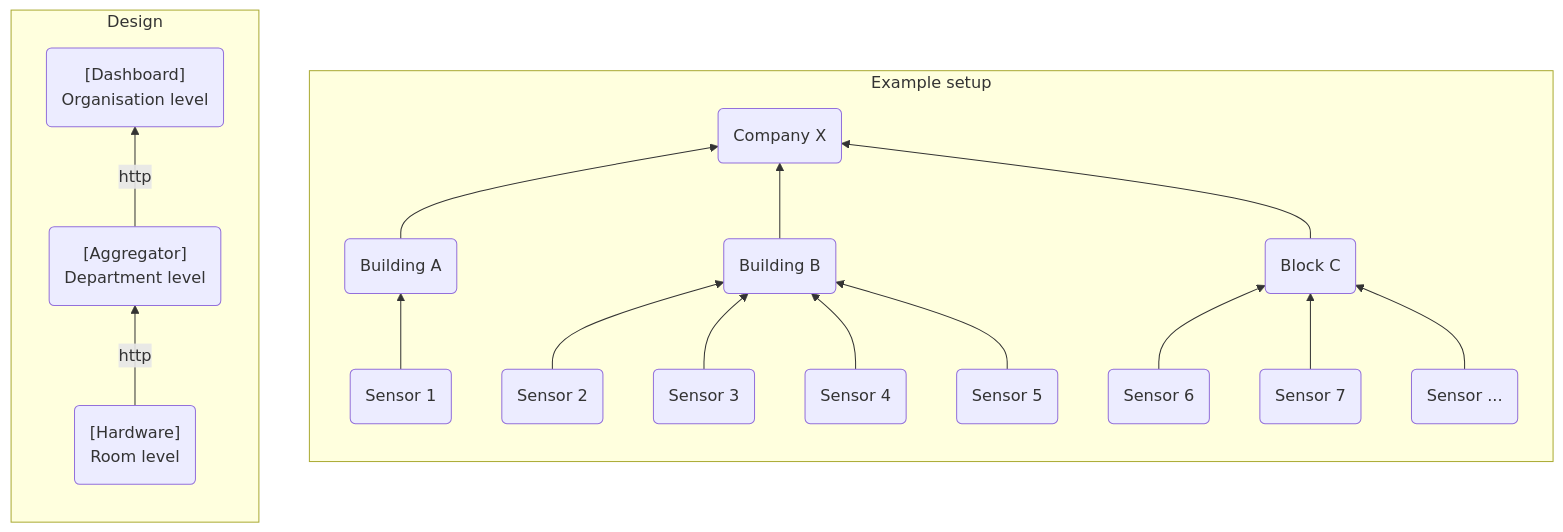
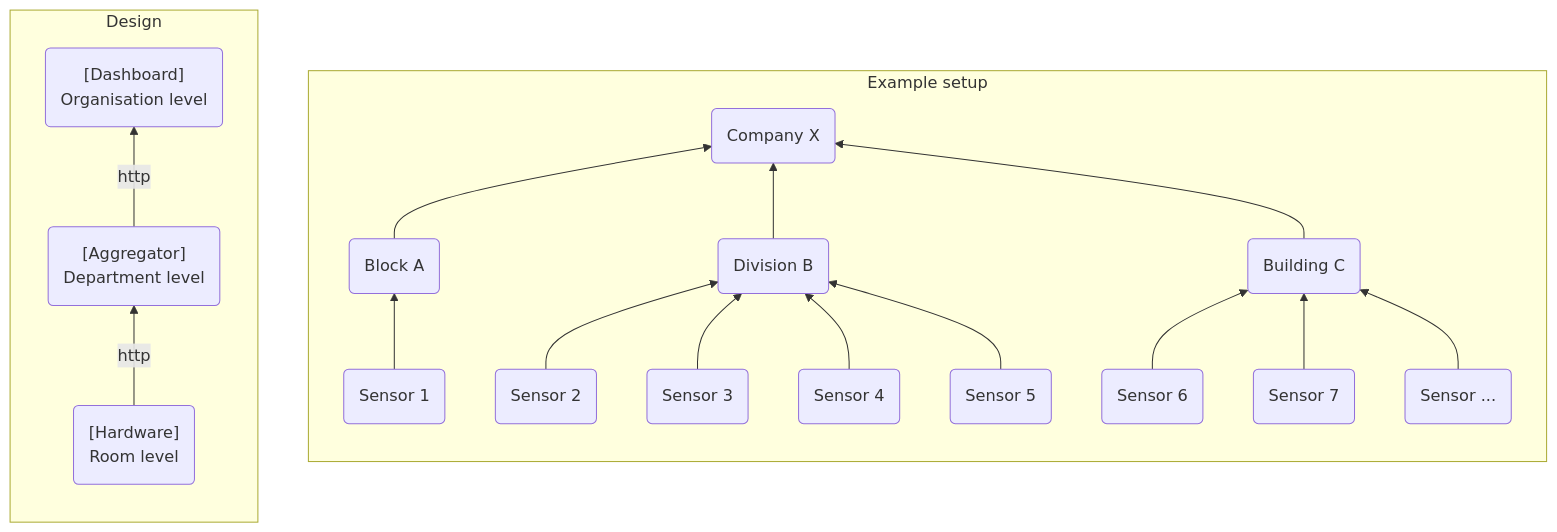
The diagram in README.md (bytebang/ecolight), drawn with Mermaid before and after one commit.

`````diff
--- a/README.md
+++ b/README.md
@@ -18,27 +18,27 @@
 ````mermaid
 graph BT;
 
     subgraph Example setup
         direction BT
-        s1("Sensor 1") --> a1("Building A");
+        s1("Sensor 1") --> a1("Block A");
 
-        s2("Sensor 2") --> a2("Building B");
+        s2("Sensor 2") --> a2("Division B");
         s3("Sensor 3") --> a2;
 	    s4("Sensor 4") --> a2;
         s5("Sensor 5") --> a2;
 
-        s6("Sensor 6") --> an("Block C");
+        s6("Sensor 6") --> an("Building C");
         s7("Sensor 7") --> an;
         sx("Sensor ...") --> an;
 
         a1 --> b1("Company X");
         a2 --> b1;
         an --> b1;
     end
 
     subgraph Design
         direction BT
         room("[Hardware]<br>Room level") -- http --> department
         department("[Aggregator]<br>Department level") -- http --> organisation("[Dashboard]<br>Organisation level")
     end
 ````
`````
